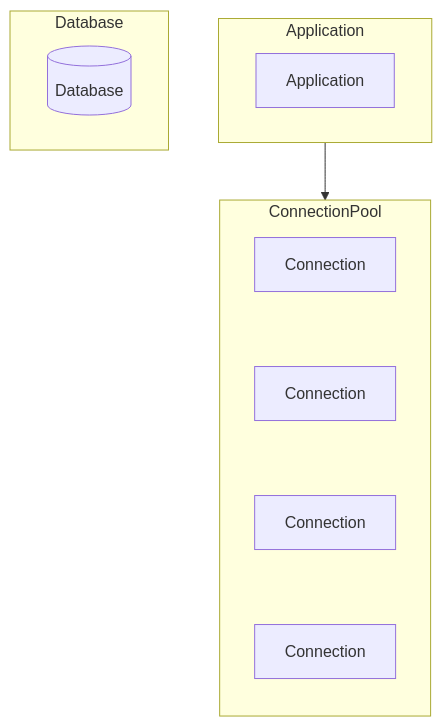
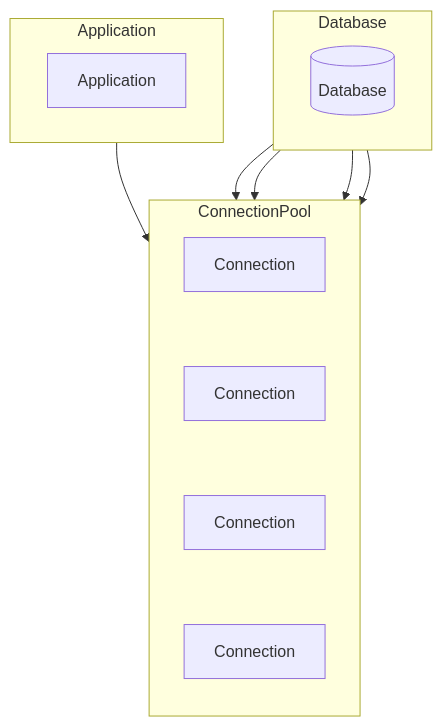
The diagram in application/db/connection_pool.md (benggri/study), drawn with Mermaid before and after one commit.

````diff
--- a/application/db/connection_pool.md
+++ b/application/db/connection_pool.md
@@ -3,20 +3,24 @@
 ```mermaid
 flowchart TB
   subgraph Application
     APP[Application]
   end
   subgraph ConnectionPool
     direction TB
     C1[Connection]
     C2[Connection]
     C3[Connection]
     C4[Connection]
     C1 ~~~ C2
     C2 ~~~ C3
     C3 ~~~ C4
   end
   subgraph Database
     DB[(Database)]
   end 
   Application --> ConnectionPool
+  Database --> C1
+  Database --> C2
+  Database --> C3
+  Database --> C4
 ```
````
